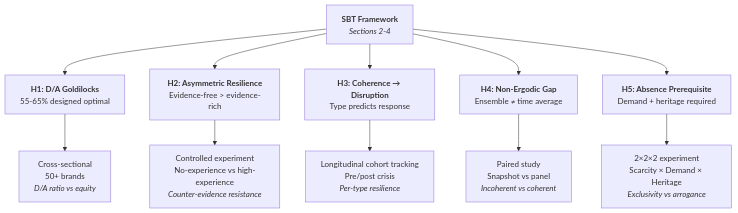
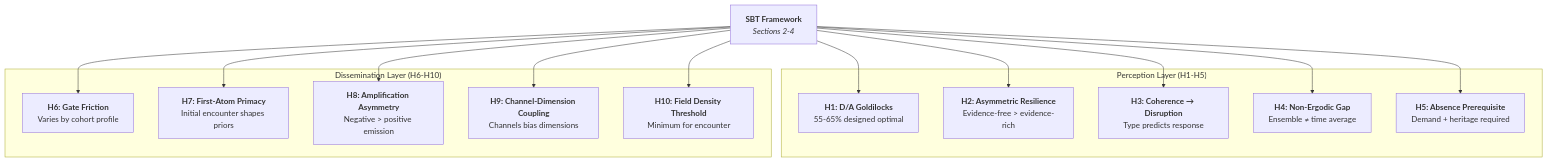
The sixth of 6 diagrams in spectral-brand-theory/paper.md (spectralbranding/sbt-papers), drawn with Mermaid before and after one commit. The commit also changed other lines of this file, not shown here.

Commit message:
feat: add H6-H10 dissemination hypotheses to paper
Extend falsifiable hypotheses from 5 to 10. H6-H10 address pre-encounter
mechanics: gate friction variance (H6), first-atom primacy (H7),
amplification asymmetry (H8), channel-dimension coupling (H9),
field density threshold (H10). Update Figure 8 diagram.

````diff
--- a/spectral-brand-theory/paper.md
+++ b/spectral-brand-theory/paper.md
@@ -561,16 +571,23 @@
 ```mermaid
 graph TD
     SBT["<b>SBT Framework</b><br/><i>Sections 2-4</i>"]
 
-    SBT --> H1["<b>H1: D/A Goldilocks</b><br/>55-65% designed optimal"]
-    SBT --> H2["<b>H2: Asymmetric Resilience</b><br/>Evidence-free > evidence-rich"]
-    SBT --> H3["<b>H3: Coherence → Disruption</b><br/>Type predicts response"]
-    SBT --> H4["<b>H4: Non-Ergodic Gap</b><br/>Ensemble ≠ time average"]
-    SBT --> H5["<b>H5: Absence Prerequisite</b><br/>Demand + heritage required"]
+    subgraph "Perception Layer (H1-H5)"
+        H1["<b>H1: D/A Goldilocks</b><br/>55-65% designed optimal"]
+        H2["<b>H2: Asymmetric Resilience</b><br/>Evidence-free > evidence-rich"]
+        H3["<b>H3: Coherence → Disruption</b><br/>Type predicts response"]
+        H4["<b>H4: Non-Ergodic Gap</b><br/>Ensemble ≠ time average"]
+        H5["<b>H5: Absence Prerequisite</b><br/>Demand + heritage required"]
+    end
 
-    H1 --> T1["Cross-sectional<br/>50+ brands<br/><i>D/A ratio vs equity</i>"]
-    H2 --> T2["Controlled experiment<br/>No-experience vs high-experience<br/><i>Counter-evidence resistance</i>"]
-    H3 --> T3["Longitudinal cohort tracking<br/>Pre/post crisis<br/><i>Per-type resilience</i>"]
-    H4 --> T4["Paired study<br/>Snapshot vs panel<br/><i>Incoherent vs coherent</i>"]
-    H5 --> T5["2×2×2 experiment<br/>Scarcity × Demand × Heritage<br/><i>Exclusivity vs arrogance</i>"]
+    subgraph "Dissemination Layer (H6-H10)"
+        H6["<b>H6: Gate Friction</b><br/>Varies by cohort profile"]
+        H7["<b>H7: First-Atom Primacy</b><br/>Initial encounter shapes priors"]
+        H8["<b>H8: Amplification Asymmetry</b><br/>Negative > positive emission"]
+        H9["<b>H9: Channel-Dimension Coupling</b><br/>Channels bias dimensions"]
+        H10["<b>H10: Field Density Threshold</b><br/>Minimum for encounter"]
+    end
+
+    SBT --> H1 & H2 & H3 & H4 & H5
+    SBT --> H6 & H7 & H8 & H9 & H10
 ```
````
